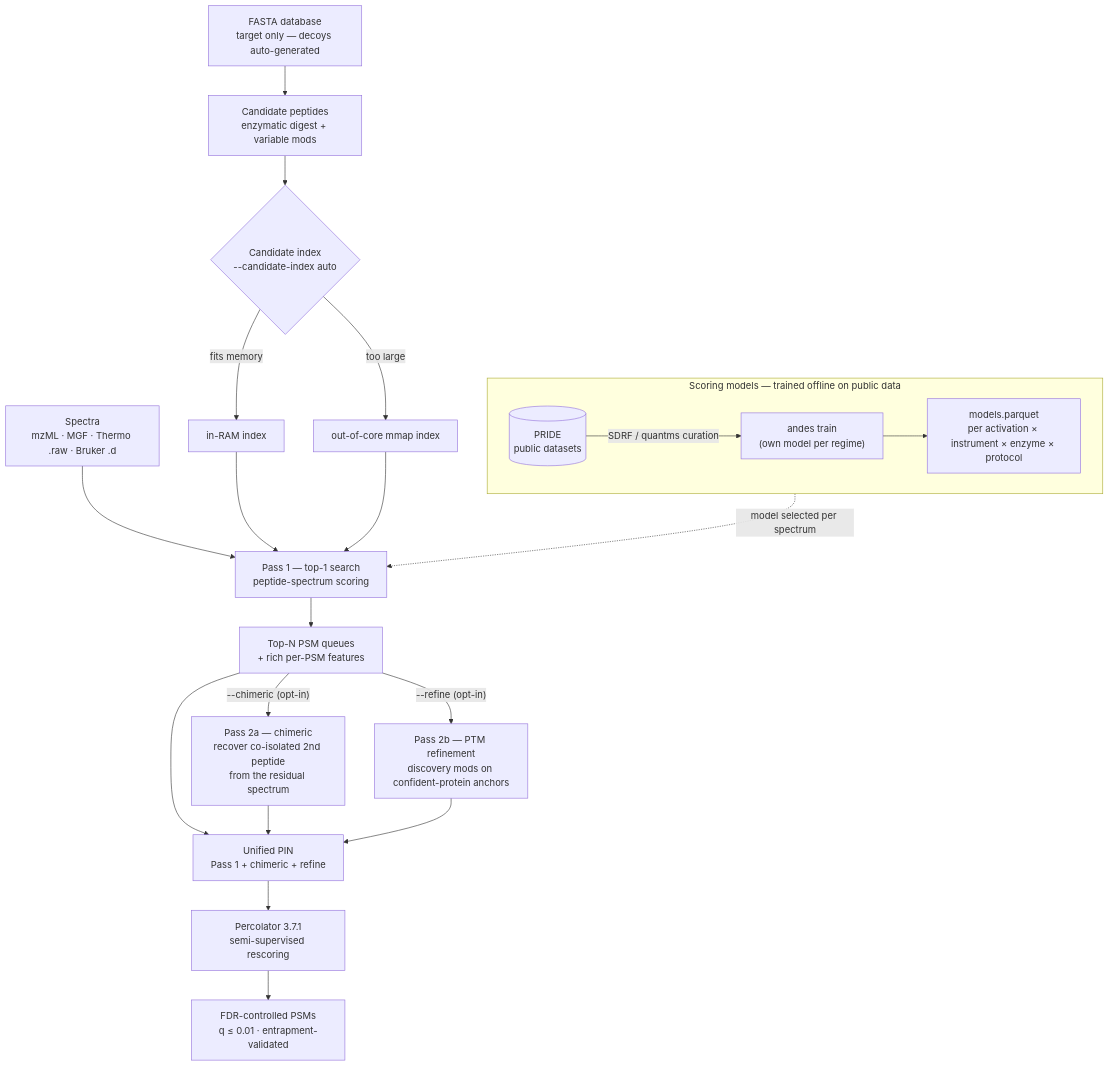
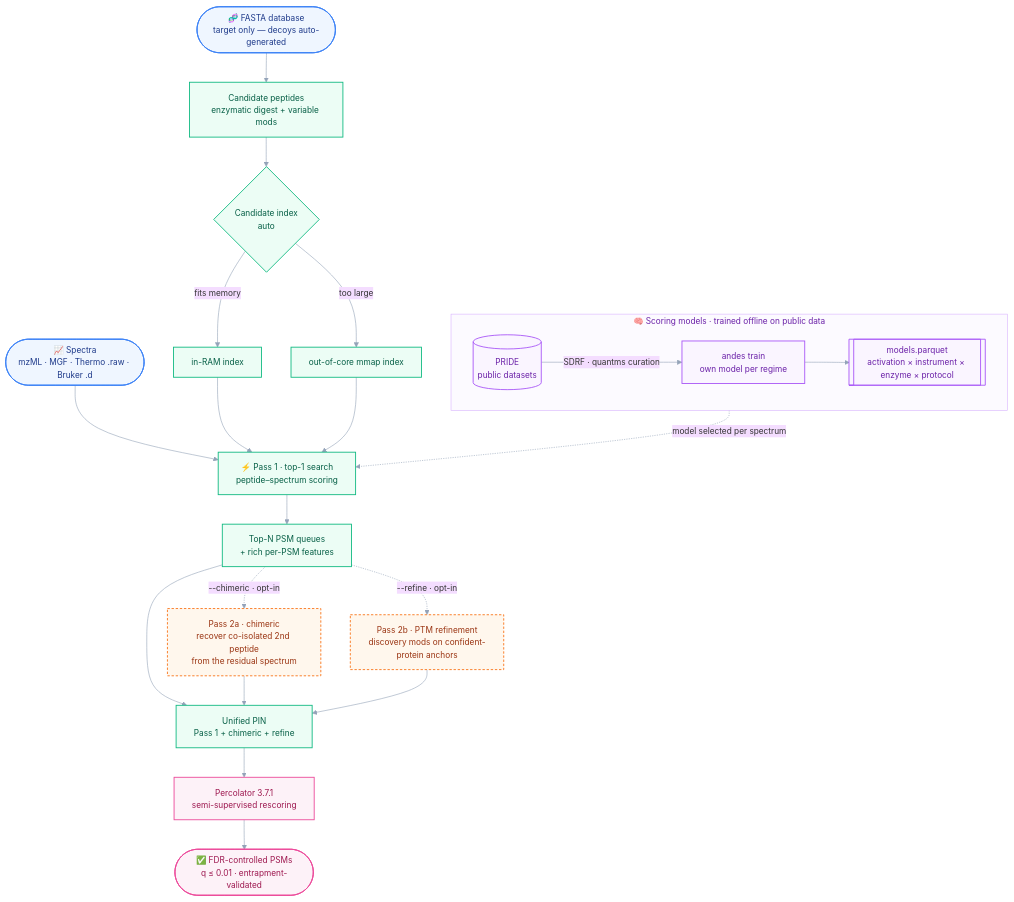
One commit to bigbio/andes changed the diagram in README.md. Above: the diagram before and after it, drawn with Mermaid.

Commit message:
docs(readme): modernize the architecture diagram (color palette, shapes, theme)

````diff
--- a/README.md
+++ b/README.md
@@ -53,37 +53,51 @@
 ```mermaid
+%%{init: {"theme":"base","themeVariables":{"fontFamily":"ui-sans-serif, system-ui, sans-serif","fontSize":"14px","lineColor":"#94a3b8","primaryBorderColor":"#cbd5e1"}}}%%
 flowchart TD
     %% ---- Scoring models (trained offline) ----
-    subgraph TRAIN["Scoring models — trained offline on public data"]
+    subgraph TRAIN["🧠 Scoring models · trained offline on public data"]
       direction LR
-      PRIDE[("PRIDE<br/>public datasets")] -->|"SDRF / quantms curation"| TR["andes train<br/>(own model per regime)"]
-      TR --> STORE["models.parquet<br/>per activation × instrument × enzyme × protocol"]
+      PRIDE[("PRIDE<br/>public datasets")] -->|"SDRF · quantms curation"| TR["andes train<br/>own model per regime"]
+      TR --> STORE[["models.parquet<br/>activation × instrument × enzyme × protocol"]]
     end
 
     %% ---- Inputs ----
-    SPEC["Spectra<br/>mzML · MGF · Thermo .raw · Bruker .d"]
-    DB["FASTA database<br/>target only — decoys auto-generated"]
+    SPEC(["📈 Spectra<br/>mzML · MGF · Thermo .raw · Bruker .d"])
+    DB(["🧬 FASTA database<br/>target only — decoys auto-generated"])
 
     %% ---- Candidate generation ----
     DB --> CAND["Candidate peptides<br/>enzymatic digest + variable mods"]
-    CAND --> IDX{"Candidate index<br/>--candidate-index auto"}
+    CAND --> IDX{"Candidate index<br/>auto"}
     IDX -->|"fits memory"| RAM["in-RAM index"]
     IDX -->|"too large"| MMAP["out-of-core mmap index"]
 
     %% ---- Pass 1 ----
-    SPEC --> P1["Pass 1 — top-1 search<br/>peptide-spectrum scoring"]
+    SPEC --> P1["⚡ Pass 1 · top-1 search<br/>peptide–spectrum scoring"]
     RAM --> P1
     MMAP --> P1
     STORE -. model selected per spectrum .-> P1
     P1 --> QUEUE["Top-N PSM queues<br/>+ rich per-PSM features"]
 
     %% ---- Optional second passes ----
-    QUEUE -->|"--chimeric (opt-in)"| CHIM["Pass 2a — chimeric<br/>recover co-isolated 2nd peptide<br/>from the residual spectrum"]
-    QUEUE -->|"--refine (opt-in)"| REF["Pass 2b — PTM refinement<br/>discovery mods on confident-protein anchors"]
+    QUEUE -.->|"--chimeric · opt-in"| CHIM["Pass 2a · chimeric<br/>recover co-isolated 2nd peptide<br/>from the residual spectrum"]
+    QUEUE -.->|"--refine · opt-in"| REF["Pass 2b · PTM refinement<br/>discovery mods on confident-protein anchors"]
 
     %% ---- Merge + rescore ----
     QUEUE --> MERGE["Unified PIN<br/>Pass 1 + chimeric + refine"]
     CHIM --> MERGE
     REF --> MERGE
     MERGE --> PERC["Percolator 3.7.1<br/>semi-supervised rescoring"]
-    PERC --> OUT["FDR-controlled PSMs<br/>q ≤ 0.01 · entrapment-validated"]
+    PERC --> OUT(["✅ FDR-controlled PSMs<br/>q ≤ 0.01 · entrapment-validated"])
+
+    %% ---- palette ----
+    classDef io      fill:#eff6ff,stroke:#3b82f6,stroke-width:1.5px,color:#1e3a8a;
+    classDef model   fill:#faf5ff,stroke:#a855f7,stroke-width:1.5px,color:#6b21a8;
+    classDef core    fill:#ecfdf5,stroke:#10b981,stroke-width:1.5px,color:#065f46;
+    classDef opt     fill:#fff7ed,stroke:#f97316,stroke-width:1.5px,color:#9a3412,stroke-dasharray:4 3;
+    classDef out     fill:#fdf2f8,stroke:#ec4899,stroke-width:1.5px,color:#9d174f;
+    class SPEC,DB io;
+    class PRIDE,TR,STORE model;
+    class CAND,IDX,RAM,MMAP,P1,QUEUE,MERGE core;
+    class CHIM,REF opt;
+    class PERC,OUT out;
+    style TRAIN fill:#fcfaff,stroke:#d8b4fe,stroke-width:1px,color:#6b21a8;
 ```
````
